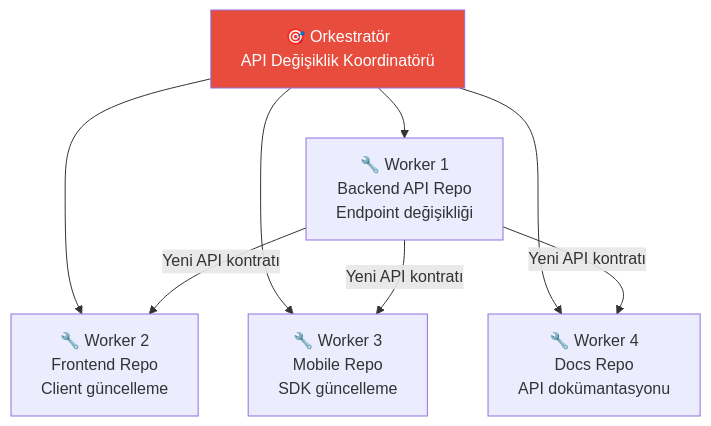
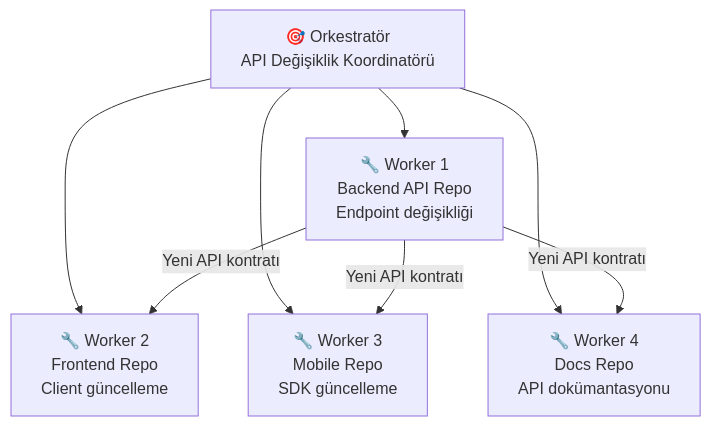
Before and after one commit to IzzetYasinAtes/ClaudeCodeHandbook: the eighth of 12 diagrams in 13-subagentlar-ve-agent-takimlari/04-agent-takimlari.md, drawn with Mermaid. The commit also changed other lines of this file and 97 other files, not shown here.

Commit message:
Remove all custom Mermaid style/fill colors from 98 markdown files for consistent dark theme rendering

````diff
--- a/13-subagentlar-ve-agent-takimlari/04-agent-takimlari.md
+++ b/13-subagentlar-ve-agent-takimlari/04-agent-takimlari.md
@@ -233,13 +218,12 @@
 ```mermaid
 flowchart TD
     ORCH["🎯 Orkestratör<br/>API Değişiklik Koordinatörü"] --> W1["🔧 Worker 1<br/>Backend API Repo<br/>Endpoint değişikliği"]
     ORCH --> W2["🔧 Worker 2<br/>Frontend Repo<br/>Client güncelleme"]
     ORCH --> W3["🔧 Worker 3<br/>Mobile Repo<br/>SDK güncelleme"]
     ORCH --> W4["🔧 Worker 4<br/>Docs Repo<br/>API dokümantasyonu"]
 
     W1 --> |"Yeni API kontratı"| W2
     W1 --> |"Yeni API kontratı"| W3
     W1 --> |"Yeni API kontratı"| W4
 
-    style ORCH fill:#E74C3C,color:#fff
 ```
````
